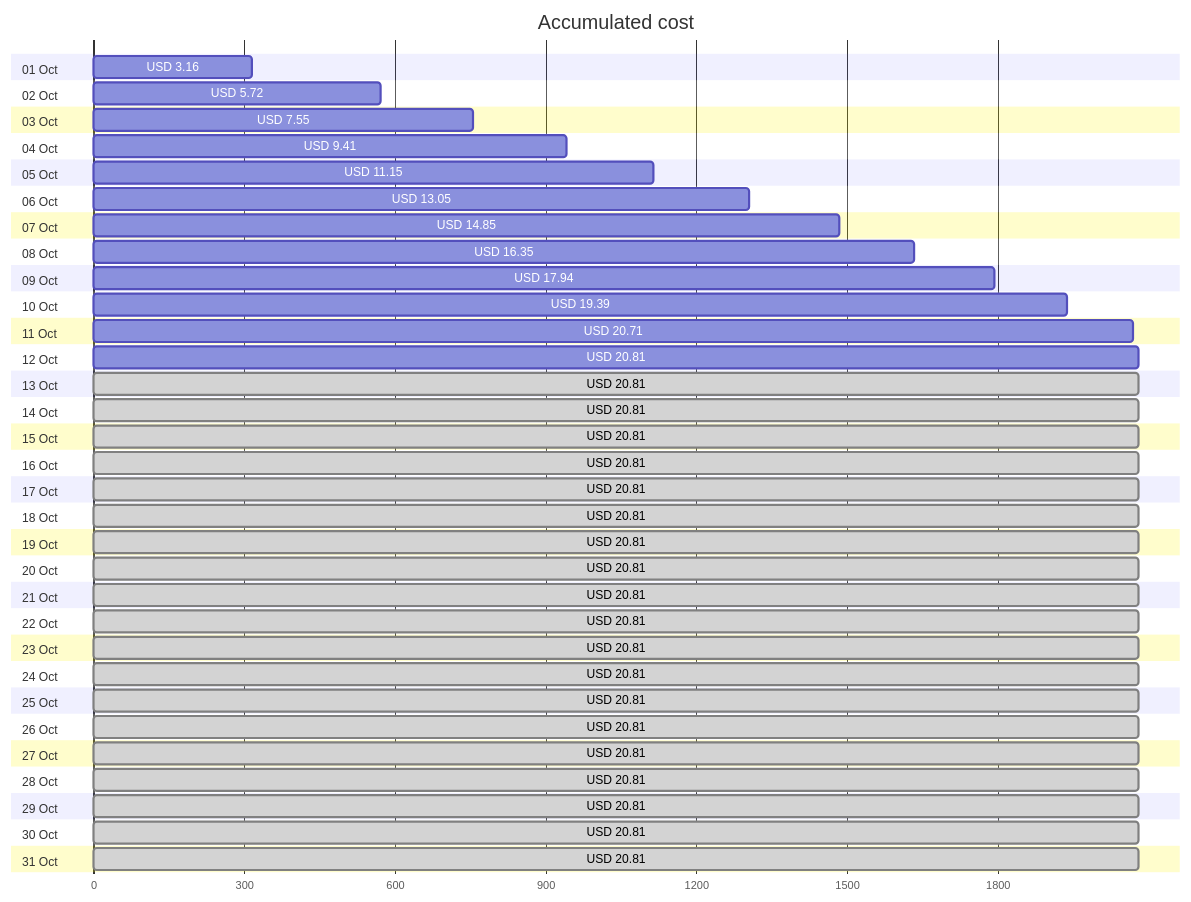
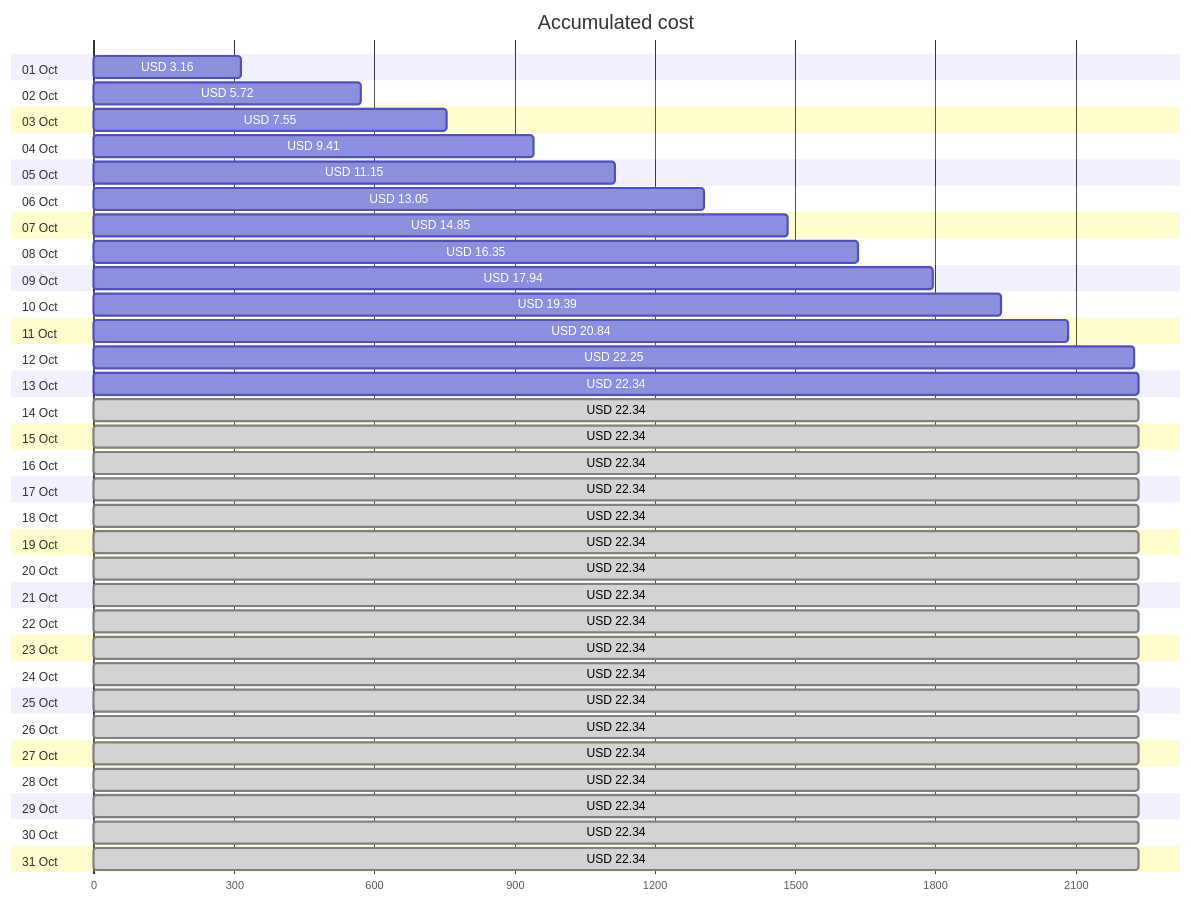
Before and after one commit to jpfulton/azure-personal-reports: the first of 4 diagrams in cost-reports/personal-network/README.md, drawn with Mermaid. The commit also changed other lines of this file and 8 other files, not shown here.

````diff
--- a/cost-reports/personal-network/README.md
+++ b/cost-reports/personal-network/README.md
@@ -20,68 +20,68 @@
 ```mermaid
 gantt
    title Accumulated cost
    dateFormat  X
    axisFormat %s
    section 01 Oct
    USD 3.16 :0, 316
    section 02 Oct
    USD 5.72 :0, 572
    section 03 Oct
    USD 7.55 :0, 755
    section 04 Oct
    USD 9.41 :0, 941
    section 05 Oct
    USD 11.15 :0, 1115
    section 06 Oct
    USD 13.05 :0, 1305
    section 07 Oct
    USD 14.85 :0, 1485
    section 08 Oct
    USD 16.35 :0, 1635
    section 09 Oct
    USD 17.94 :0, 1794
    section 10 Oct
    USD 19.39 :0, 1939
    section 11 Oct
-   USD 20.71 :0, 2071
+   USD 20.84 :0, 2084
    section 12 Oct
-   USD 20.81 :0, 2081
+   USD 22.25 :0, 2225
    section 13 Oct
-   USD 20.81 : done, 0, 2081
+   USD 22.34 :0, 2234
    section 14 Oct
-   USD 20.81 : done, 0, 2081
+   USD 22.34 : done, 0, 2234
    section 15 Oct
-   USD 20.81 : done, 0, 2081
+   USD 22.34 : done, 0, 2234
    section 16 Oct
-   USD 20.81 : done, 0, 2081
+   USD 22.34 : done, 0, 2234
    section 17 Oct
-   USD 20.81 : done, 0, 2081
+   USD 22.34 : done, 0, 2234
    section 18 Oct
-   USD 20.81 : done, 0, 2081
+   USD 22.34 : done, 0, 2234
    section 19 Oct
-   USD 20.81 : done, 0, 2081
+   USD 22.34 : done, 0, 2234
    section 20 Oct
-   USD 20.81 : done, 0, 2081
+   USD 22.34 : done, 0, 2234
    section 21 Oct
-   USD 20.81 : done, 0, 2081
+   USD 22.34 : done, 0, 2234
    section 22 Oct
-   USD 20.81 : done, 0, 2081
+   USD 22.34 : done, 0, 2234
    section 23 Oct
-   USD 20.81 : done, 0, 2081
+   USD 22.34 : done, 0, 2234
    section 24 Oct
-   USD 20.81 : done, 0, 2081
+   USD 22.34 : done, 0, 2234
    section 25 Oct
-   USD 20.81 : done, 0, 2081
+   USD 22.34 : done, 0, 2234
    section 26 Oct
-   USD 20.81 : done, 0, 2081
+   USD 22.34 : done, 0, 2234
    section 27 Oct
-   USD 20.81 : done, 0, 2081
+   USD 22.34 : done, 0, 2234
    section 28 Oct
-   USD 20.81 : done, 0, 2081
+   USD 22.34 : done, 0, 2234
    section 29 Oct
-   USD 20.81 : done, 0, 2081
+   USD 22.34 : done, 0, 2234
    section 30 Oct
-   USD 20.81 : done, 0, 2081
+   USD 22.34 : done, 0, 2234
    section 31 Oct
-   USD 20.81 : done, 0, 2081
+   USD 22.34 : done, 0, 2234
 ```
````
